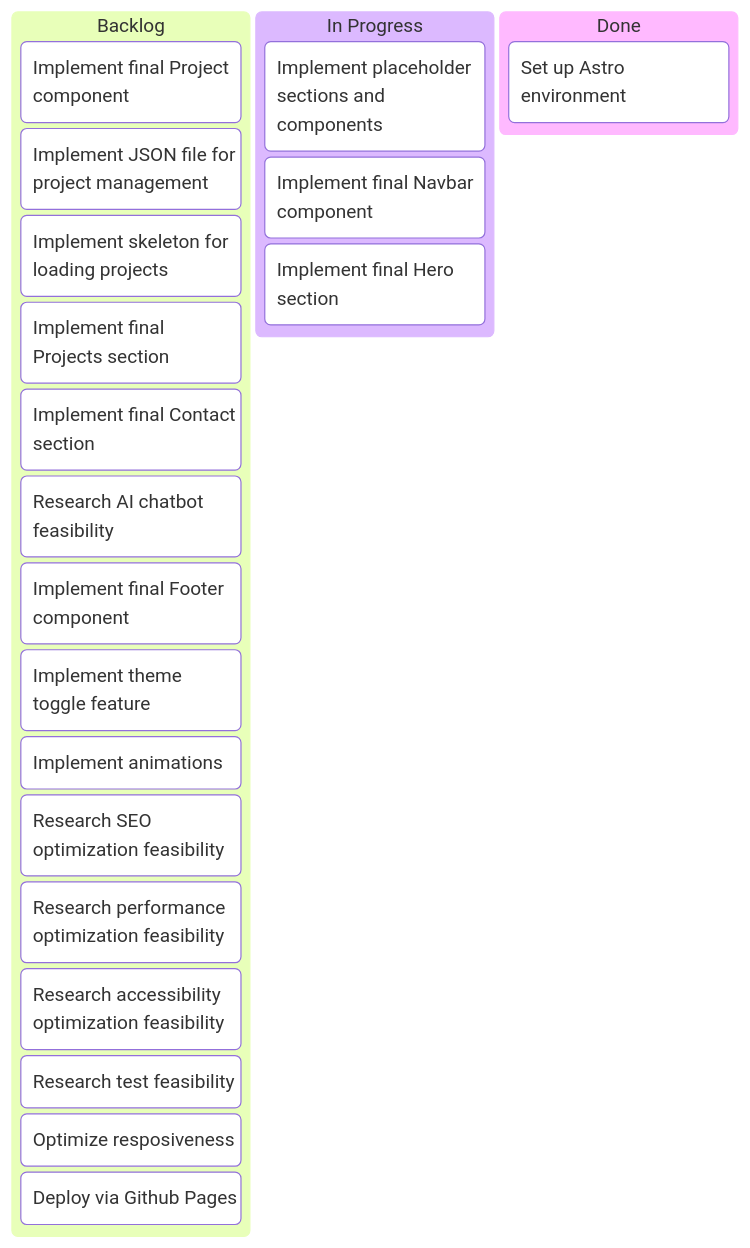
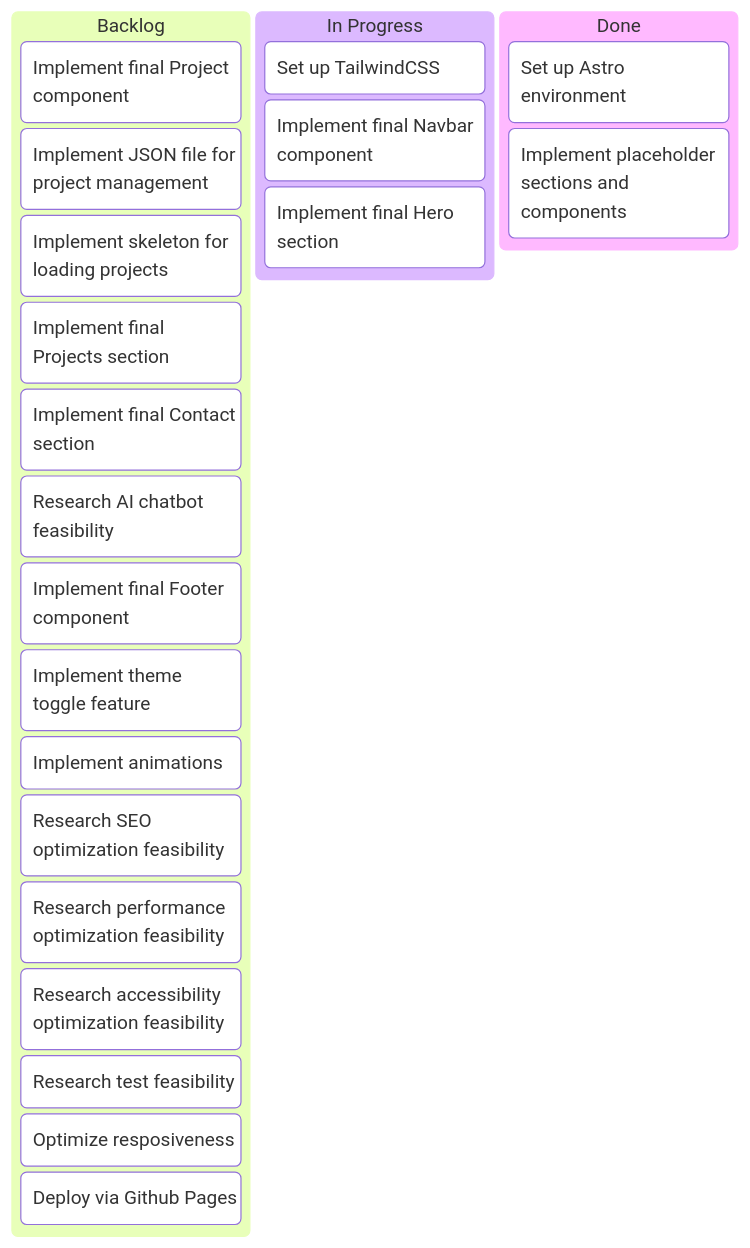
The diagram in docs/kanban.md (CantarinoG/portfolio), drawn with Mermaid before and after one commit. The commit also changed 6 other files, not shown here.

Commit message:
feat: implement placeholder components and update kanban

````diff
--- a/docs/kanban.md
+++ b/docs/kanban.md
@@ -1,25 +1,26 @@
 ```mermaid
 kanban
   stage1[Backlog]
     card8[Implement final Project component]
     card22[Implement JSON file for project management]
     card10[Implement skeleton for loading projects]
     card11[Implement final Projects section]
     card12[Implement final Contact section]
     card13[Research AI chatbot feasibility]
     card14[Implement final Footer component]
     card15[Implement theme toggle feature]
     card16[Implement animations]
     card17[Research SEO optimization feasibility]
     card18[Research performance optimization feasibility]
     card19[Research accessibility optimization feasibility]
     card21[Research test feasibility]
     card23[Optimize resposiveness]
     card20[Deploy via Github Pages]
   stage2[In Progress]
-    card5[Implement placeholder sections and components]
+    card24[Set up TailwindCSS]
     card6[Implement final Navbar component]
     card7[Implement final Hero section]
   stage3[Done]
     card1[Set up Astro environment]
+    card5[Implement placeholder sections and components]
 ```
````
